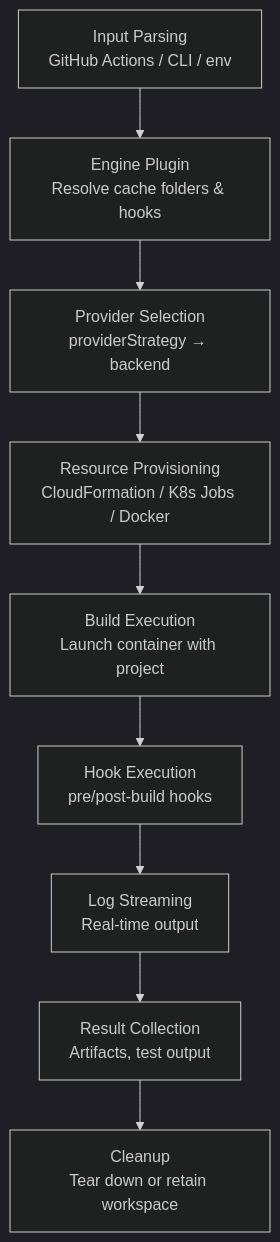
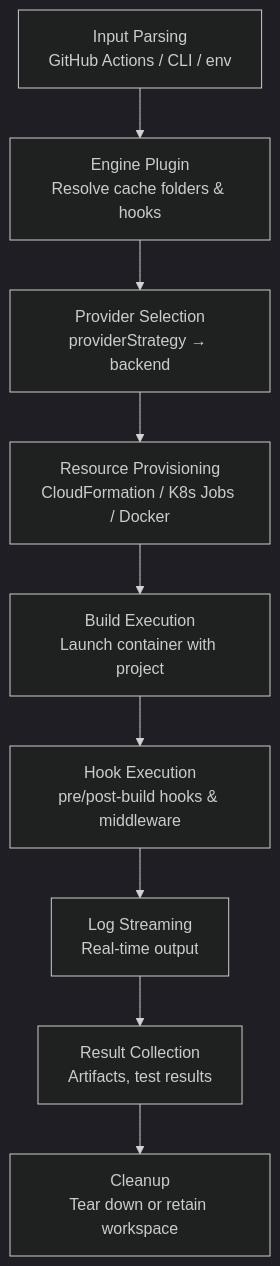
Before and after one commit to game-ci/orchestrator: the sixth of 6 diagrams in README.md, drawn with Mermaid (dark theme). The commit also changed other lines of this file, not shown here.

First line of the commit message:
docs: improve README structure and expand engine agnosticism docs

````diff
--- a/README.md
+++ b/README.md
@@ -232,11 +345,11 @@
 ```mermaid
 flowchart TD
-  A["Input Parsing\nGitHub Actions / CLI / env"] --> B["Engine Plugin\nResolve cache folders & hooks"]
-  B --> C["Provider Selection\nproviderStrategy → backend"]
-  C --> D["Resource Provisioning\nCloudFormation / K8s Jobs / Docker"]
-  D --> E["Build Execution\nLaunch container with project"]
-  E --> F["Hook Execution\npre/post-build hooks"]
-  F --> G["Log Streaming\nReal-time output"]
-  G --> H["Result Collection\nArtifacts, test output"]
-  H --> I["Cleanup\nTear down or retain workspace"]
+  A["Input Parsing<br/>GitHub Actions / CLI / env"] --> B["Engine Plugin<br/>Resolve cache folders & hooks"]
+  B --> C["Provider Selection<br/>providerStrategy → backend"]
+  C --> D["Resource Provisioning<br/>CloudFormation / K8s Jobs / Docker"]
+  D --> E["Build Execution<br/>Launch container with project"]
+  E --> F["Hook Execution<br/>pre/post-build hooks & middleware"]
+  F --> G["Log Streaming<br/>Real-time output"]
+  G --> H["Result Collection<br/>Artifacts, test results"]
+  H --> I["Cleanup<br/>Tear down or retain workspace"]
 ```
````
